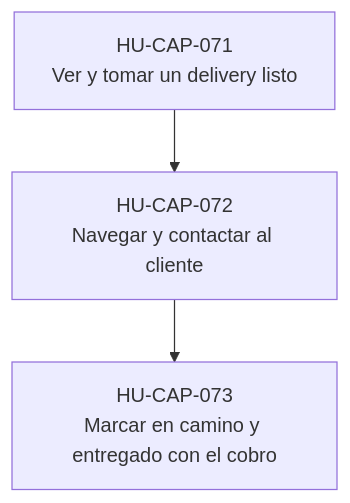
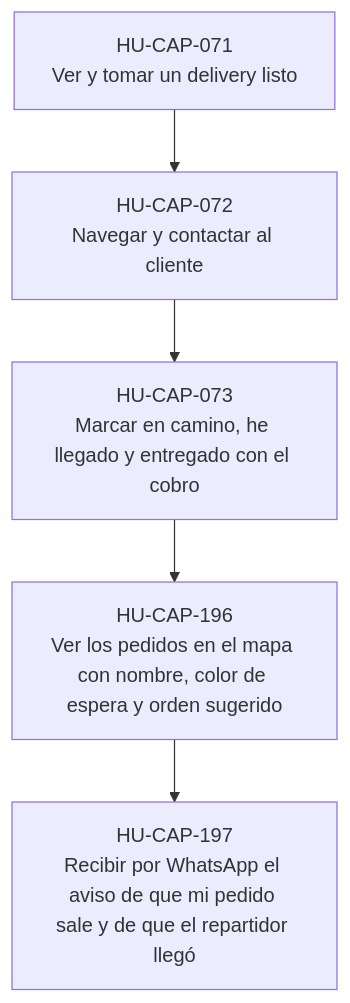
Before and after one commit to JoseEM26/caprichos: the third of 5 diagrams in docs/dor/DOR-FT-DEL-02-reparto-tomar-navegar-y-entregar.md, drawn with Mermaid. The commit also changed other lines of this file and 208 other files, not shown here.

````diff
--- a/docs/dor/DOR-FT-DEL-02-reparto-tomar-navegar-y-entregar.md
+++ b/docs/dor/DOR-FT-DEL-02-reparto-tomar-navegar-y-entregar.md
@@ -102,8 +113,12 @@
 ```mermaid
 flowchart TB
   P0["HU-CAP-071<br>Ver y tomar un delivery listo"]
   P1["HU-CAP-072<br>Navegar y contactar al cliente"]
   P0 --> P1
-  P2["HU-CAP-073<br>Marcar en camino y entregado con el cobro"]
+  P2["HU-CAP-073<br>Marcar en camino, he llegado y entregado con el cobro"]
   P1 --> P2
+  P3["HU-CAP-196<br>Ver los pedidos en el mapa con nombre, color de espera y orden sugerido"]
+  P2 --> P3
+  P4["HU-CAP-197<br>Recibir por WhatsApp el aviso de que mi pedido sale y de que el repartidor llegó"]
+  P3 --> P4
 ```
````
